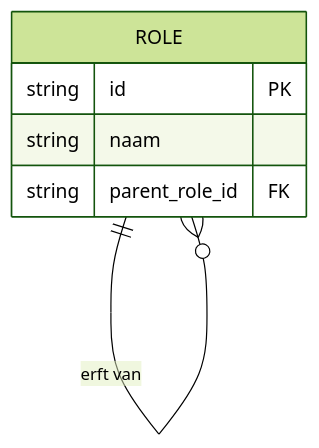
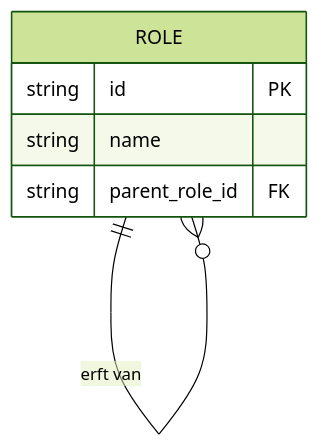
Before and after one commit to logto-io/auth-wiki: the second of 4 diagrams in src/content/terms/nl/rbac.mdx, drawn with Mermaid (forest theme). The commit also changed other lines of this file and 98 other files, not shown here.

````diff
--- a/src/content/terms/nl/rbac.mdx
+++ b/src/content/terms/nl/rbac.mdx
@@ -98,10 +203,10 @@
 ```mermaid
 erDiagram
   ROLE ||--o{ ROLE : "erft van"
   
   ROLE {
       string id PK
-      string naam
+      string name
       string parent_role_id FK
   }
 ```
````
